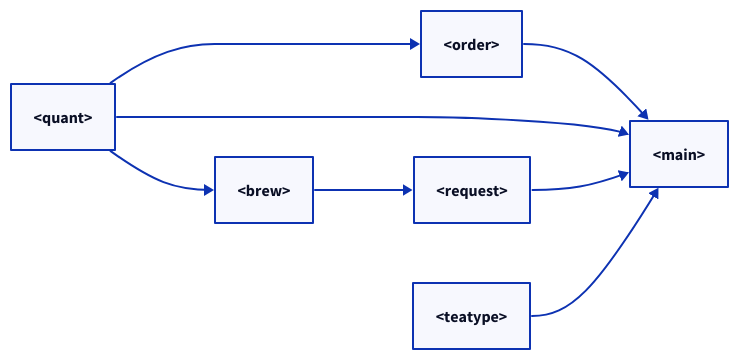
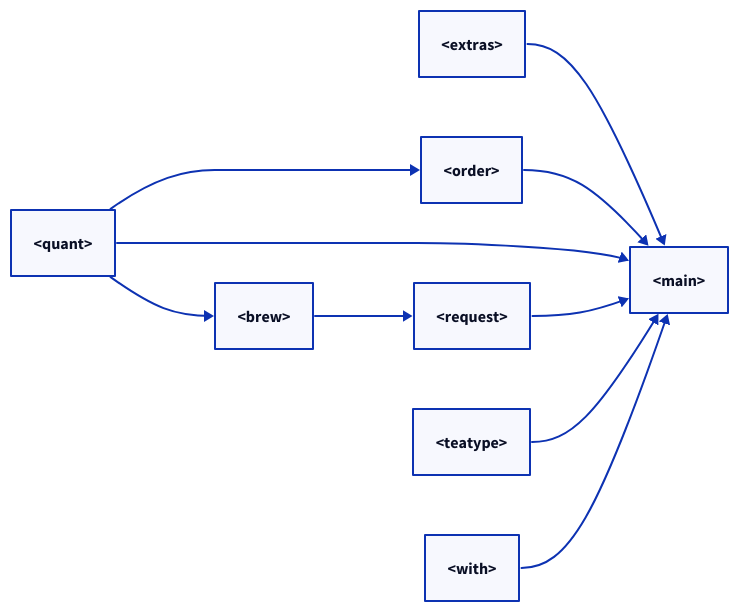
One commit to ryancahildebrandt/gsgf changed the diagram in export/references.d2. Above: the diagram before and after it, drawn with D2. The commit also changed 29 other files, not shown here.

```diff
--- a/export/references.d2
+++ b/export/references.d2
@@ -1,9 +1,11 @@
 direction: right
 
 "<brew>" -> "<request>"
+"<extras>" -> "<main>"
 "<order>" -> "<main>"
 "<quant>" -> "<brew>"
 "<quant>" -> "<main>"
 "<quant>" -> "<order>"
 "<request>" -> "<main>"
 "<teatype>" -> "<main>"
+"<with>" -> "<main>"
```
